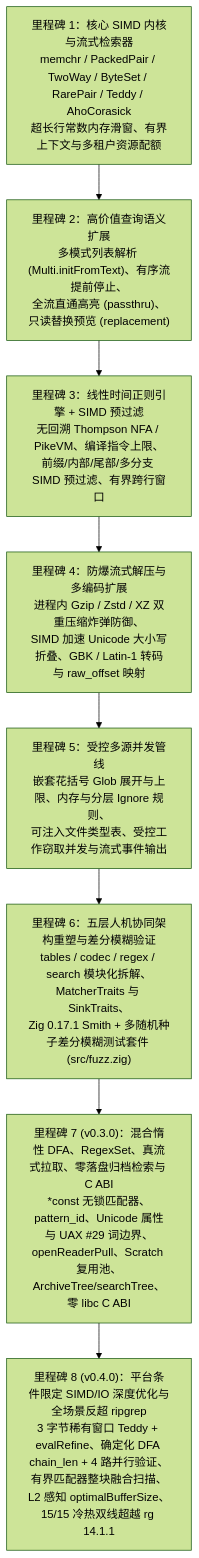
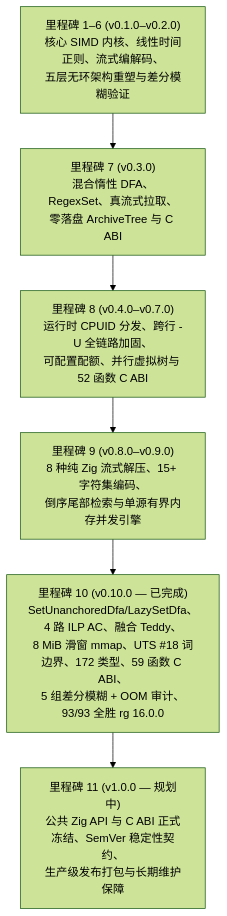
Before and after one commit to fun7257/libwebgrep: the diagram in docs/ROADMAP.zh-CN.md, drawn with Mermaid (forest theme). The commit also changed other lines of this file and 10 other files, not shown here.

````diff
--- a/docs/ROADMAP.zh-CN.md
+++ b/docs/ROADMAP.zh-CN.md
@@ -7,10 +7,8 @@
 ```mermaid
 flowchart TD
-    M0["里程碑 1：核心 SIMD 内核与流式检索器<br/>memchr / PackedPair / TwoWay / ByteSet / RarePair / Teddy / AhoCorasick<br/>超长行常数内存滑窗、有界上下文与多租户资源配额"] --> M1["里程碑 2：高价值查询语义扩展<br/>多模式列表解析 (Multi.initFromText)、有序流提前停止、<br/>全流直通高亮 (passthru)、只读替换预览 (replacement)"]
-    M1 --> M2["里程碑 3：线性时间正则引擎 + SIMD 预过滤<br/>无回溯 Thompson NFA / PikeVM、编译指令上限、<br/>前缀/内部/尾部/多分支 SIMD 预过滤、有界跨行窗口"]
-    M2 --> M3["里程碑 4：防爆流式解压与多编码扩展<br/>进程内 Gzip / Zstd / XZ 双重压缩炸弹防御、<br/>SIMD 加速 Unicode 大小写折叠、GBK / Latin-1 转码与 raw_offset 映射"]
-    M3 --> M4["里程碑 5：受控多源并发管线<br/>嵌套花括号 Glob 展开与上限、内存与分层 Ignore 规则、<br/>可注入文件类型表、受控工作窃取并发与流式事件输出"]
-    M4 --> M5["里程碑 6：五层人机协同架构重塑与差分模糊验证<br/>tables / codec / regex / search 模块化拆解、MatcherTraits 与 SinkTraits、<br/>Zig 0.17.1 Smith + 多随机种子差分模糊测试套件 (src/fuzz.zig)"]
-    M5 --> M6["里程碑 7 (v0.3.0)：混合惰性 DFA、RegexSet、真流式拉取、零落盘归档检索与 C ABI<br/>*const 无锁匹配器、pattern_id、Unicode 属性与 UAX #29 词边界、<br/>openReaderPull、Scratch 复用池、ArchiveTree/searchTree、零 libc C ABI"]
-    M6 --> M7["里程碑 8 (v0.4.0)：平台条件限定 SIMD/IO 深度优化与全场景反超 ripgrep<br/>3 字节稀有窗口 Teddy + evalRefine、确定化 DFA chain_len + 4 路并行验证、<br/>有界匹配器整块融合扫描、L2 感知 optimalBufferSize、15/15 冷热双线超越 rg 14.1.1"]
+    M1["里程碑 1–6 (v0.1.0–v0.2.0)<br/>核心 SIMD 内核、线性时间正则、流式编解码、<br/>五层无环架构重塑与差分模糊验证"] --> M7["里程碑 7 (v0.3.0)<br/>混合惰性 DFA、RegexSet、真流式拉取、<br/>零落盘 ArchiveTree 与 C ABI"]
+    M7 --> M8["里程碑 8 (v0.4.0–v0.7.0)<br/>运行时 CPUID 分发、跨行 -U 全链路加固、<br/>可配置配额、并行虚拟树与 52 函数 C ABI"]
+    M8 --> M9["里程碑 9 (v0.8.0–v0.9.0)<br/>8 种纯 Zig 流式解压、15+ 字符集编码、<br/>倒序尾部检索与单源有界内存并发引擎"]
+    M9 --> M10["里程碑 10 (v0.10.0 — 已完成)<br/>SetUnanchoredDfa/LazySetDfa、4 路 ILP AC、融合 Teddy、<br/>8 MiB 滑窗 mmap、UTS #18 词边界、172 类型、59 函数 C ABI、<br/>5 组差分模糊 + OOM 审计、93/93 全胜 rg 16.0.0"]
+    M10 --> M11["里程碑 11 (v1.0.0 — 规划中)<br/>公共 Zig API 与 C ABI 正式冻结、SemVer 稳定性契约、<br/>生产级发布打包与长期维护保障"]
 ```
````
